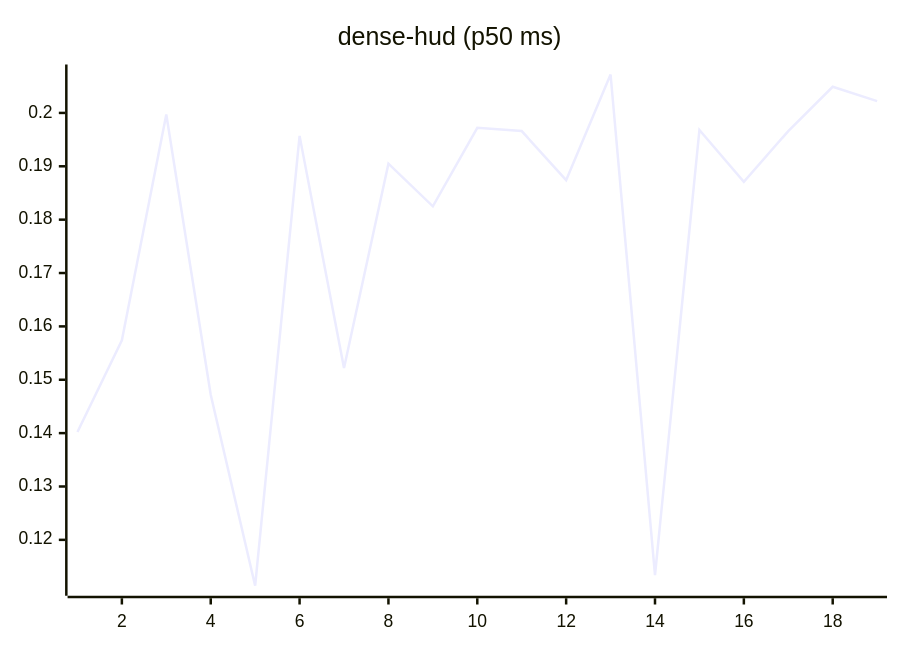
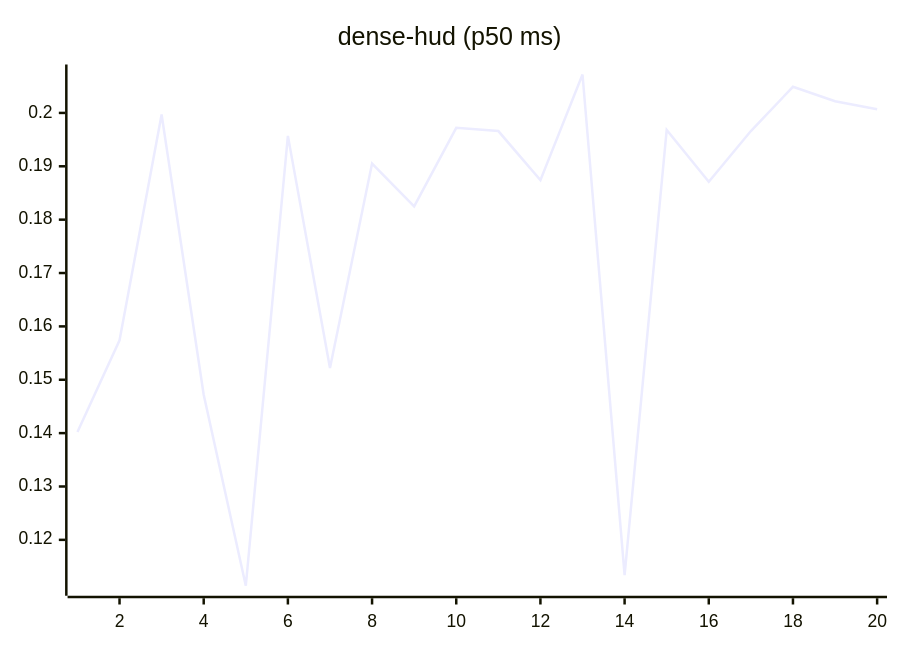
The eighth of 27 diagrams in README.md (josha/Facet), drawn with Mermaid before and after one commit. The commit also changed other lines of this file and 2 other files, not shown here.

````diff
--- a/README.md
+++ b/README.md
@@ -112,6 +112,6 @@
 ```mermaid
 xychart-beta
     title "dense-hud (p50 ms)"
-    x-axis 1 --> 19
-    line [0.1402, 0.1574, 0.1997, 0.1472, 0.1114, 0.1957, 0.1522, 0.1905, 0.1825, 0.1972, 0.1966, 0.1874, 0.2072, 0.1134, 0.1968, 0.1871, 0.1966, 0.2049, 0.2022]
+    x-axis 1 --> 20
+    line [0.1402, 0.1574, 0.1997, 0.1472, 0.1114, 0.1957, 0.1522, 0.1905, 0.1825, 0.1972, 0.1966, 0.1874, 0.2072, 0.1134, 0.1968, 0.1871, 0.1966, 0.2049, 0.2022, 0.2007]
 ```
````
